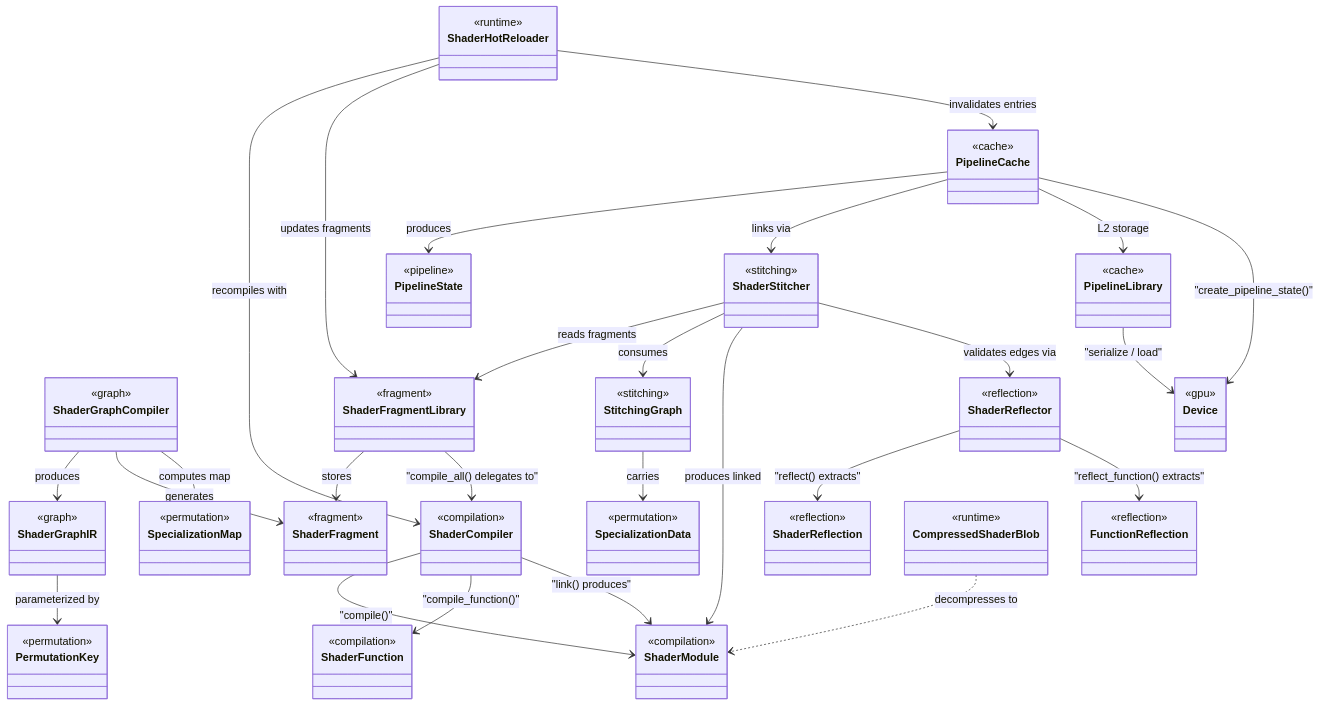
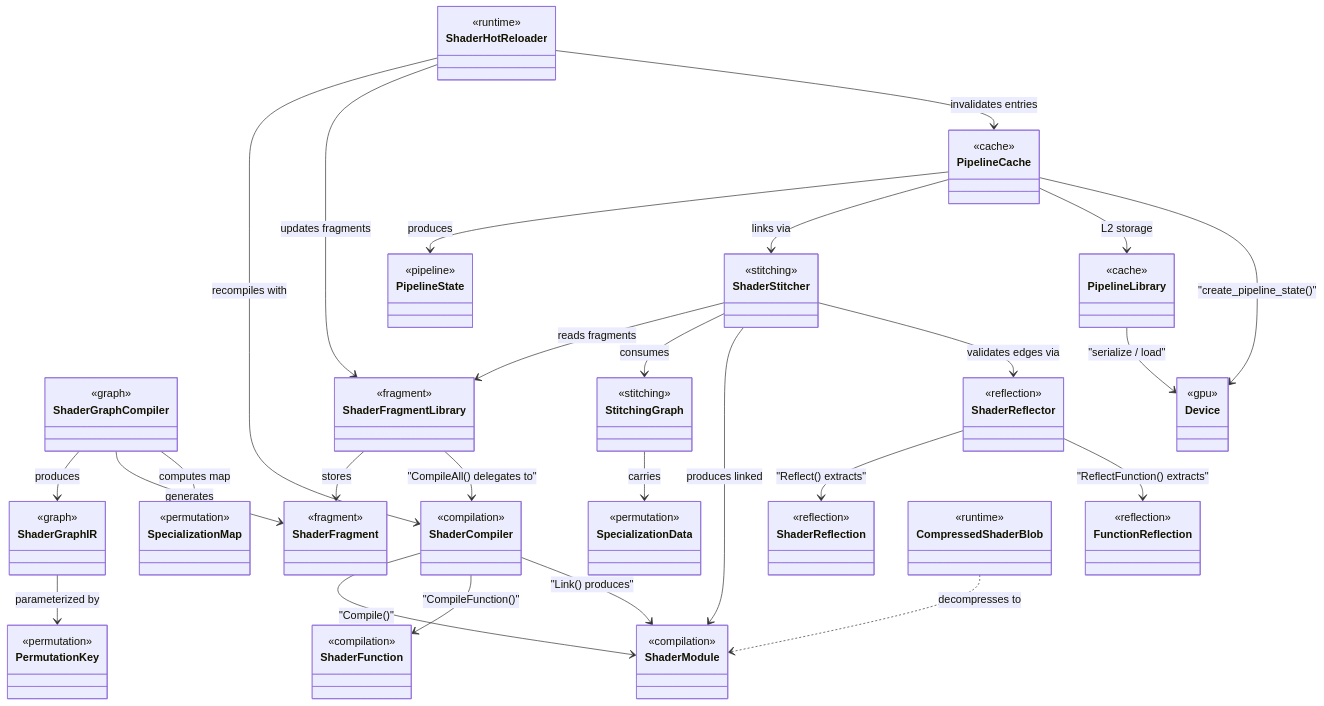
Before and after one commit to harmonius-dev/harmonius: diagram 11 of 16 in docs/design/shader-pipeline-classes.md, drawn with Mermaid. The commit also changed other lines of this file and 67 other files, not shown here.

```diff
--- a/docs/design/shader-pipeline-classes.md
+++ b/docs/design/shader-pipeline-classes.md
@@ -604,13 +604,13 @@
     ShaderGraphCompiler --> ShaderFragment : generates
     ShaderGraphCompiler --> SpecializationMap : computes map
     ShaderGraphIR --> PermutationKey : parameterized by
-    ShaderCompiler --> ShaderModule : "compile()"
-    ShaderCompiler --> ShaderFunction : "compile_function()"
-    ShaderCompiler --> ShaderModule : "link() produces"
-    ShaderReflector --> ShaderReflection : "reflect() extracts"
-    ShaderReflector --> FunctionReflection : "reflect_function() extracts"
+    ShaderCompiler --> ShaderModule : "Compile()"
+    ShaderCompiler --> ShaderFunction : "CompileFunction()"
+    ShaderCompiler --> ShaderModule : "Link() produces"
+    ShaderReflector --> ShaderReflection : "Reflect() extracts"
+    ShaderReflector --> FunctionReflection : "ReflectFunction() extracts"
     ShaderFragmentLibrary --> ShaderFragment : stores
-    ShaderFragmentLibrary --> ShaderCompiler : "compile_all() delegates to"
+    ShaderFragmentLibrary --> ShaderCompiler : "CompileAll() delegates to"
     ShaderStitcher --> ShaderFragmentLibrary : reads fragments
     ShaderStitcher --> StitchingGraph : consumes
     ShaderStitcher --> ShaderModule : produces linked
```
